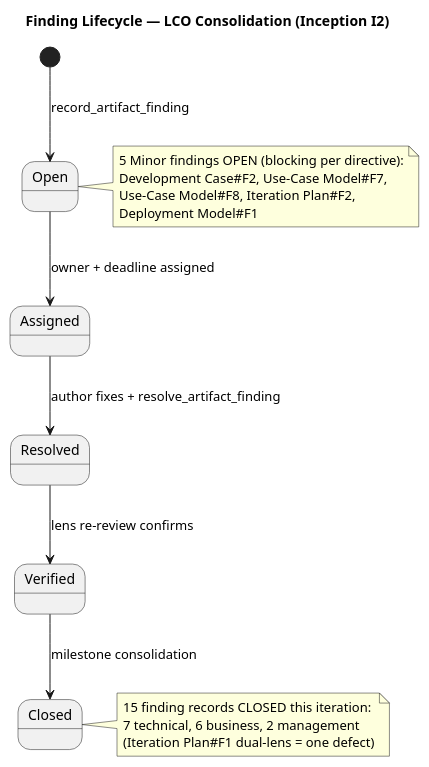
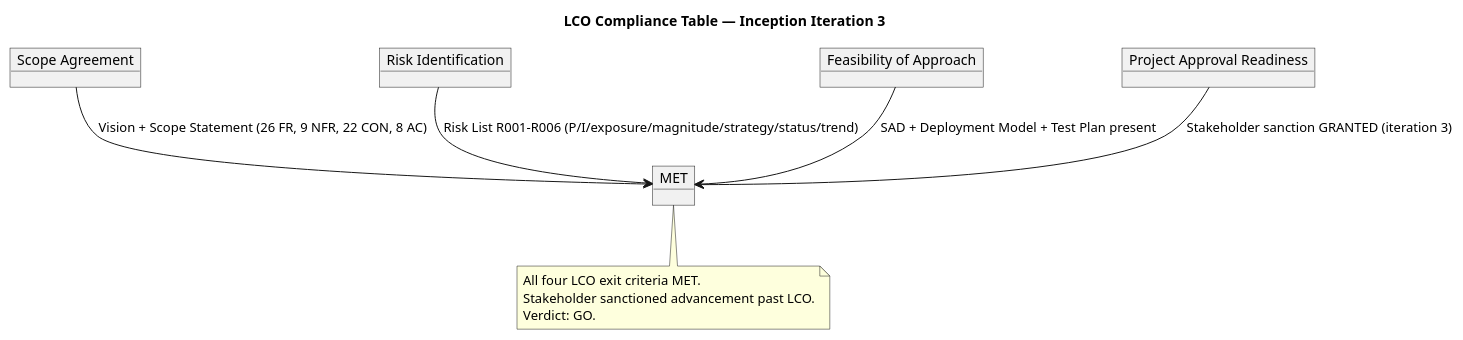
The first of 2 diagrams in docs/artifacts/project-management/review-record.md (banense-test/trademe), drawn with PlantUML before and after one commit. The commit also changed other lines of this file, not shown here.

First line of the commit message:
Management Reviewer [I3]: upsert Review Record

````diff
--- a/docs/artifacts/project-management/review-record.md
+++ b/docs/artifacts/project-management/review-record.md
@@ -36,30 +25,23 @@
 ```plantuml
 @startuml
-title Finding Lifecycle — LCO Consolidation (Inception I2)
+title LCO Compliance Table — Inception Iteration 3
 
-state "Open" as Open
-state "Assigned" as Assigned
-state "Resolved" as Resolved
-state "Verified" as Verified
-state "Closed" as Closed
+object "Scope Agreement" as C1
+object "Risk Identification" as C2
+object "Feasibility of Approach" as C3
+object "Project Approval Readiness" as C4
 
-[*] --> Open : record_artifact_finding
-Open --> Assigned : owner + deadline assigned
-Assigned --> Resolved : author fixes + resolve_artifact_finding
-Resolved --> Verified : lens re-review confirms
-Verified --> Closed : milestone consolidation
+object "MET" as M
 
-note right of Open
-  5 Minor findings OPEN (blocking per directive):
-  Development Case#F2, Use-Case Model#F7,
-  Use-Case Model#F8, Iteration Plan#F2,
-  Deployment Model#F1
-end note
+C1 --> M : Vision + Scope Statement (26 FR, 9 NFR, 22 CON, 8 AC)
+C2 --> M : Risk List R001-R006 (P/I/exposure/magnitude/strategy/status/trend)
+C3 --> M : SAD + Deployment Model + Test Plan present
+C4 --> M : Stakeholder sanction GRANTED (iteration 3)
 
-note right of Closed
-  15 finding records CLOSED this iteration:
-  7 technical, 6 business, 2 management
-  (Iteration Plan#F1 dual-lens = one defect)
+note bottom of M
+  All four LCO exit criteria MET.
+  Stakeholder sanctioned advancement past LCO.
+  Verdict: GO.
 end note
 @enduml
 ```
````
